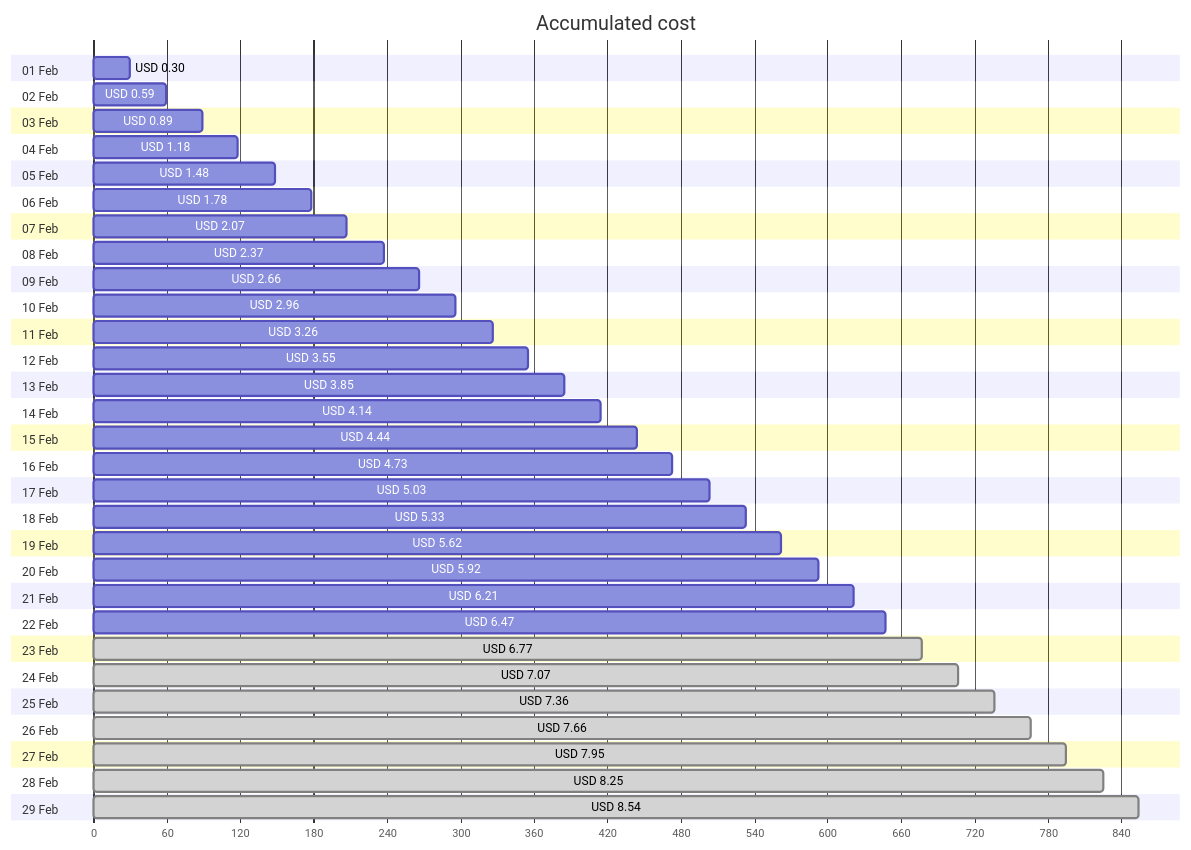
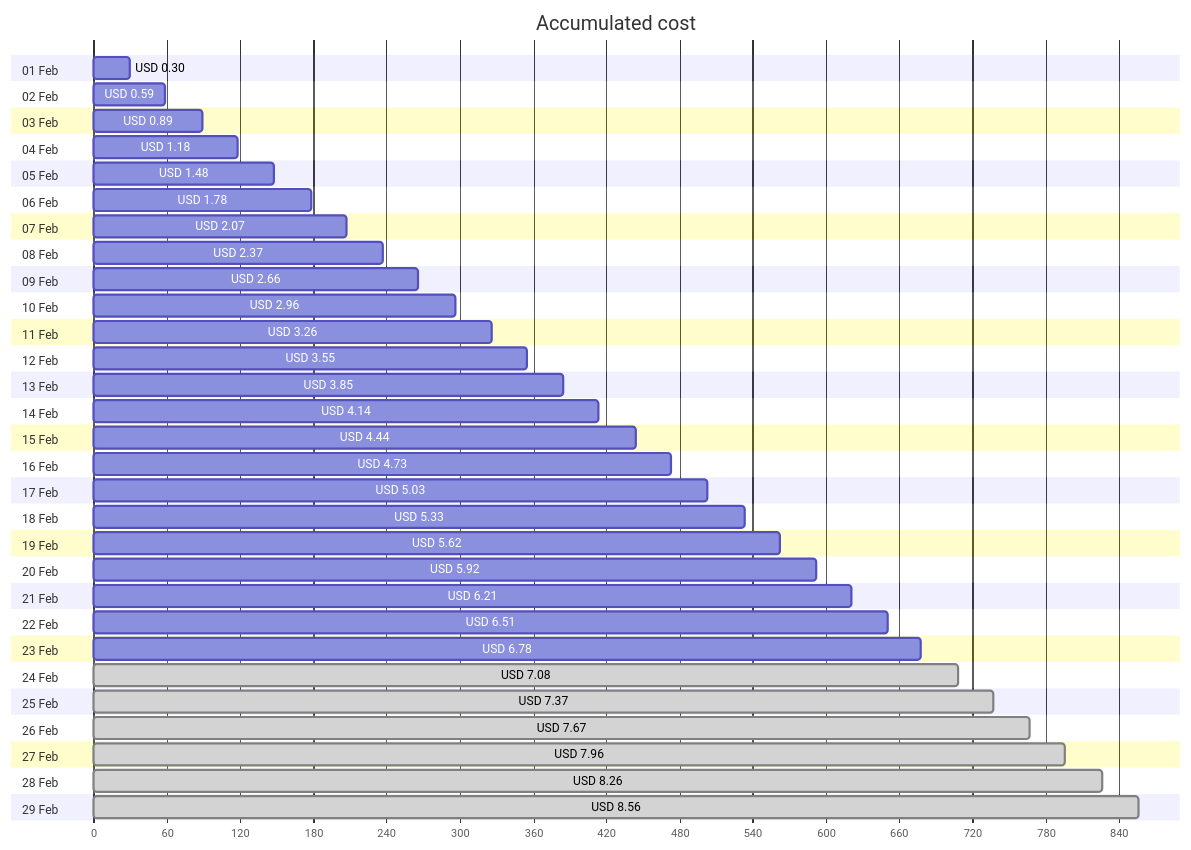
One commit to jpfulton/azure-personal-reports changed the first of 4 diagrams in cost-reports/personal-site/personal-site-preview.md. Above: the diagram before and after it, drawn with Mermaid. The commit also changed other lines of this file and 6 other files, not shown here.

````diff
--- a/cost-reports/personal-site/personal-site-preview.md
+++ b/cost-reports/personal-site/personal-site-preview.md
@@ -20,64 +20,64 @@
 ```mermaid
 gantt
    title Accumulated cost
    dateFormat  X
    axisFormat %s
    section 01 Feb
    USD 0.30 :0, 30
    section 02 Feb
    USD 0.59 :0, 59
    section 03 Feb
    USD 0.89 :0, 89
    section 04 Feb
    USD 1.18 :0, 118
    section 05 Feb
    USD 1.48 :0, 148
    section 06 Feb
    USD 1.78 :0, 178
    section 07 Feb
    USD 2.07 :0, 207
    section 08 Feb
    USD 2.37 :0, 237
    section 09 Feb
    USD 2.66 :0, 266
    section 10 Feb
    USD 2.96 :0, 296
    section 11 Feb
    USD 3.26 :0, 326
    section 12 Feb
    USD 3.55 :0, 355
    section 13 Feb
    USD 3.85 :0, 385
    section 14 Feb
    USD 4.14 :0, 414
    section 15 Feb
    USD 4.44 :0, 444
    section 16 Feb
    USD 4.73 :0, 473
    section 17 Feb
    USD 5.03 :0, 503
    section 18 Feb
    USD 5.33 :0, 533
    section 19 Feb
    USD 5.62 :0, 562
    section 20 Feb
    USD 5.92 :0, 592
    section 21 Feb
    USD 6.21 :0, 621
    section 22 Feb
-   USD 6.47 :0, 647
+   USD 6.51 :0, 651
    section 23 Feb
-   USD 6.77 : done, 0, 677
+   USD 6.78 :0, 678
    section 24 Feb
-   USD 7.07 : done, 0, 707
+   USD 7.08 : done, 0, 708
    section 25 Feb
-   USD 7.36 : done, 0, 736
+   USD 7.37 : done, 0, 737
    section 26 Feb
-   USD 7.66 : done, 0, 766
+   USD 7.67 : done, 0, 767
    section 27 Feb
-   USD 7.95 : done, 0, 795
+   USD 7.96 : done, 0, 796
    section 28 Feb
-   USD 8.25 : done, 0, 825
+   USD 8.26 : done, 0, 826
    section 29 Feb
-   USD 8.54 : done, 0, 854
+   USD 8.56 : done, 0, 856
 ```
````
